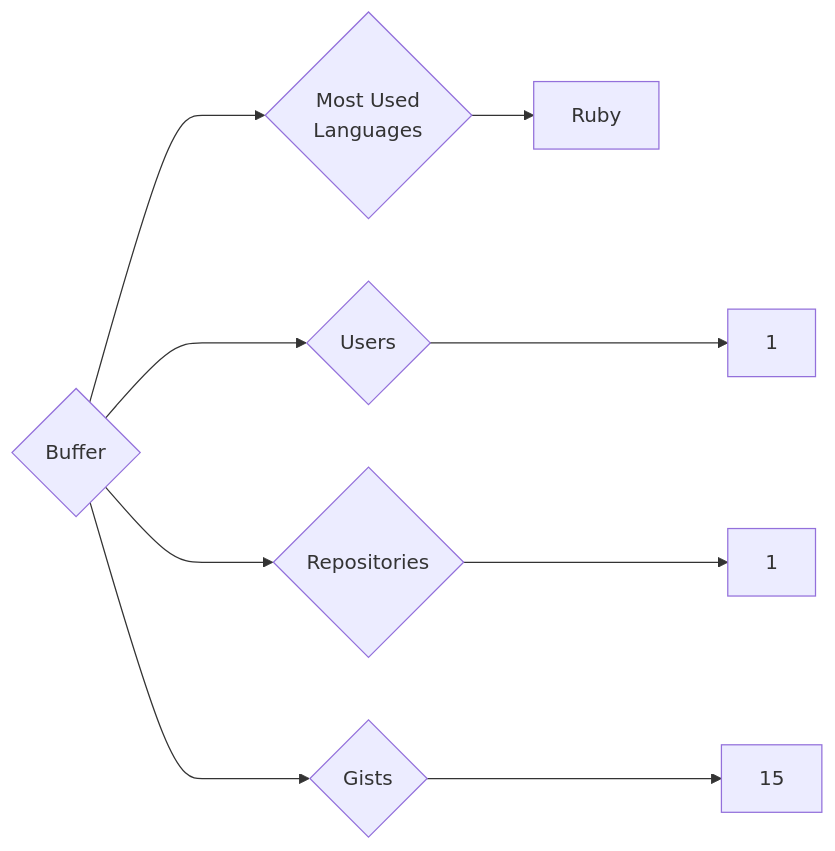
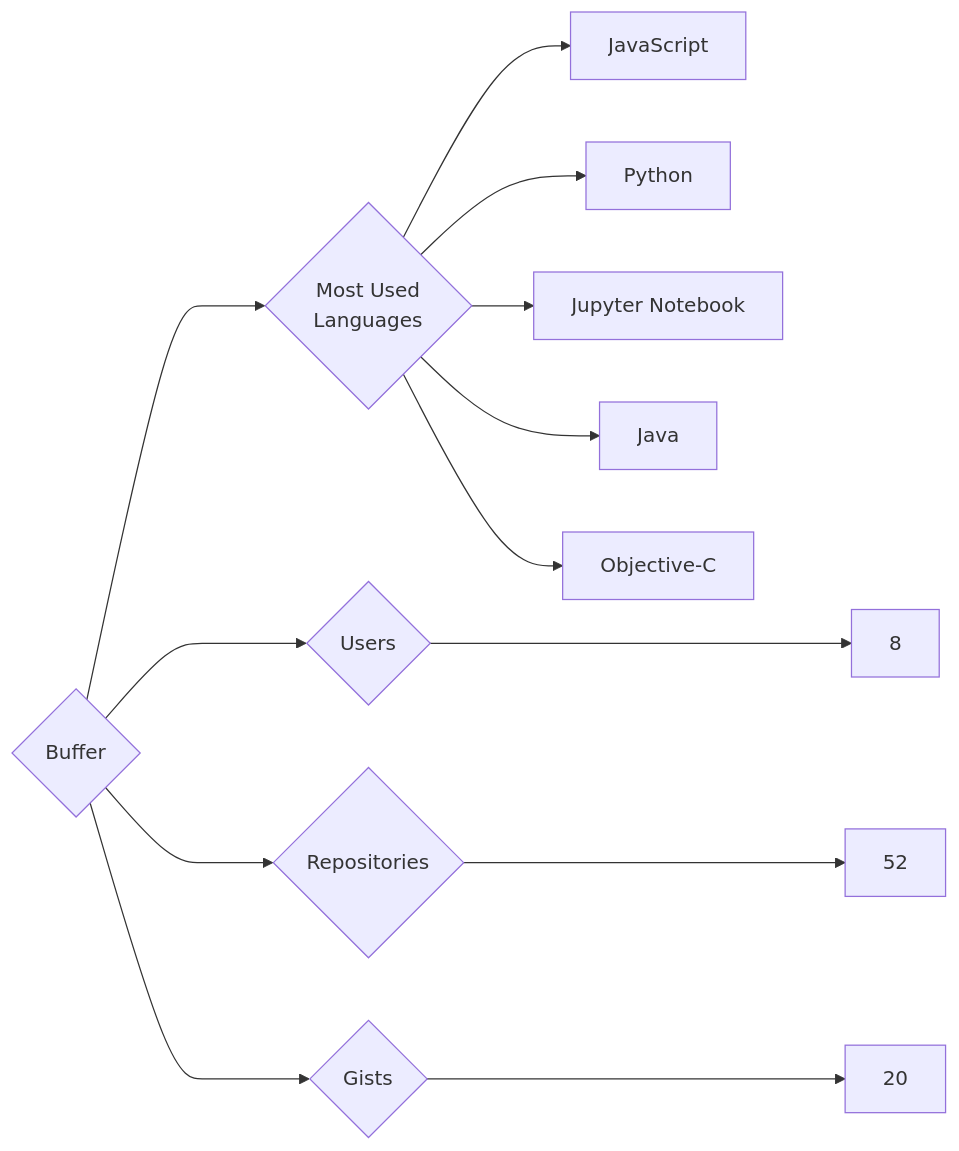
One commit to trickest/insiders changed the diagram in targets/Buffer/README.md. Above: the diagram before and after it, drawn with Mermaid. The commit also changed 1149 other files, not shown here.

````diff
--- a/targets/Buffer/README.md
+++ b/targets/Buffer/README.md
@@ -3,9 +3,13 @@
 ```mermaid
 graph LR
 COMPANY_NAME{Buffer}
-COMPANY_NAME ---> U{Users} ---> UN[1]
-COMPANY_NAME ---> R{Repositories} ---> RN[1]
-COMPANY_NAME ---> G{Gists} ---> GN[15]
+COMPANY_NAME ---> U{Users} ---> UN[8]
+COMPANY_NAME ---> R{Repositories} ---> RN[52]
+COMPANY_NAME ---> G{Gists} ---> GN[20]
 COMPANY_NAME ---> ML{Most Used<br>Languages}
-ML --> Ruby[Ruby]
+ML --> JavaScript[JavaScript]
+ML --> Python[Python]
+ML --> Jupyter_Notebook[Jupyter Notebook]
+ML --> Java[Java]
+ML --> Objective-C[Objective-C]
 ```
````
